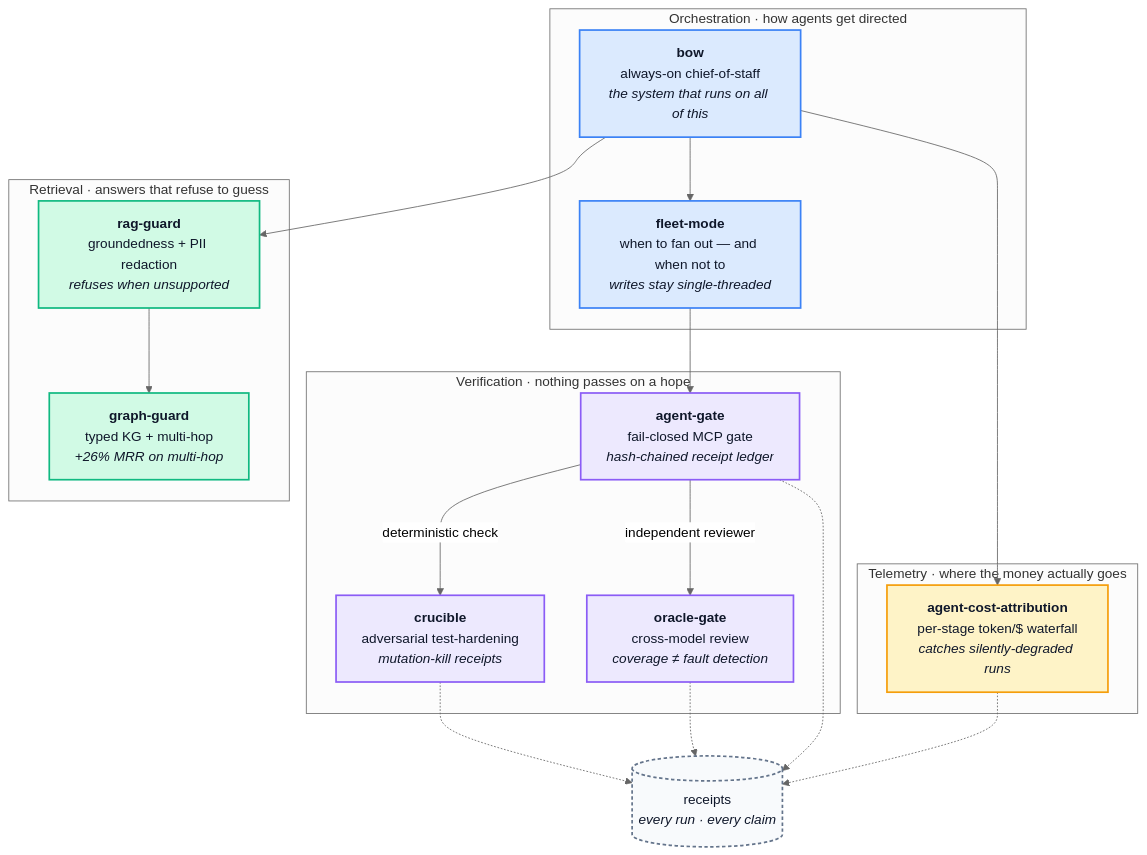
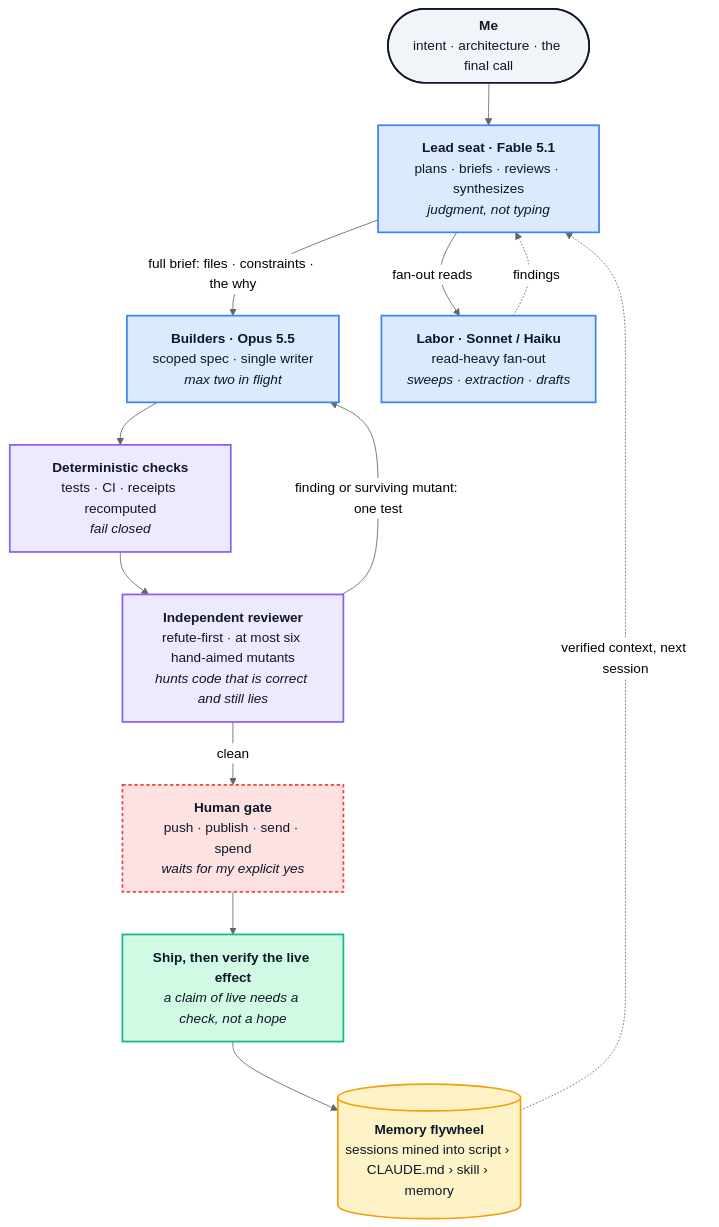
One commit to Jott2121/Jott2121 changed the diagram in README.md. Above: the diagram before and after it, drawn with Mermaid (neutral theme). The commit also changed other lines of this file and 1 other file, not shown here.

First line of the commit message:
profile: rebuild around the current operating model

````diff
--- a/README.md
+++ b/README.md
@@ -26,46 +22,37 @@
 ```mermaid
 flowchart TB
-    subgraph ORCH["Orchestration · how agents get directed"]
-        BOW["<b>bow</b><br/>always-on chief-of-staff<br/><i>the system that runs on all of this</i>"]
-        FM["<b>fleet-mode</b><br/>when to fan out — and when not to<br/><i>writes stay single-threaded</i>"]
-    end
+    ME(["<b>Me</b><br/>intent · architecture · the final call"])
+    LEAD["<b>Lead seat · Fable 5.1</b><br/>plans · briefs · reviews · synthesizes<br/><i>judgment, not typing</i>"]
+    BUILD["<b>Builders · Opus 5.5</b><br/>scoped spec · single writer<br/><i>max two in flight</i>"]
+    LABOR["<b>Labor · Sonnet / Haiku</b><br/>read-heavy fan-out<br/><i>sweeps · extraction · drafts</i>"]
+    CHECK["<b>Deterministic checks</b><br/>tests · CI · receipts recomputed<br/><i>fail closed</i>"]
+    REVIEW["<b>Independent reviewer</b><br/>refute-first · at most six hand-aimed mutants<br/><i>hunts code that is correct and still lies</i>"]
+    HUMAN["<b>Human gate</b><br/>push · publish · send · spend<br/><i>waits for my explicit yes</i>"]
+    SHIP["<b>Ship, then verify the live effect</b><br/><i>a claim of live needs a check, not a hope</i>"]
+    MEM[("<b>Memory flywheel</b><br/>sessions mined into script › CLAUDE.md › skill › memory")]
 
-    subgraph VERIF["Verification · nothing passes on a hope"]
-        AG["<b>agent-gate</b><br/>fail-closed MCP gate<br/><i>hash-chained receipt ledger</i>"]
-        CRU["<b>crucible</b><br/>adversarial test-hardening<br/><i>mutation-kill receipts</i>"]
-        OG["<b>oracle-gate</b><br/>cross-model review<br/><i>coverage ≠ fault detection</i>"]
-    end
+    ME --> LEAD
+    LEAD -->|"full brief: files · constraints · the why"| BUILD
+    LEAD -->|fan-out reads| LABOR
+    LABOR -.->|findings| LEAD
+    BUILD --> CHECK
+    CHECK --> REVIEW
+    REVIEW -->|"finding or surviving mutant: one test"| BUILD
+    REVIEW -->|clean| HUMAN
+    HUMAN --> SHIP
+    SHIP --> MEM
+    MEM -.->|"verified context, next session"| LEAD
 
-    subgraph RET["Retrieval · answers that refuse to guess"]
-        RG["<b>rag-guard</b><br/>groundedness + PII redaction<br/><i>refuses when unsupported</i>"]
-        GG["<b>graph-guard</b><br/>typed KG + multi-hop<br/><i>+26% MRR on multi-hop</i>"]
-    end
-
-    subgraph TEL["Telemetry · where the money actually goes"]
-        ACA["<b>agent-cost-attribution</b><br/>per-stage token/$ waterfall<br/><i>catches silently-degraded runs</i>"]
-    end
-
-    BOW --> FM
-    FM --> AG
-    AG -->|deterministic check| CRU
-    AG -->|independent reviewer| OG
-    BOW --> RG
-    RG --> GG
-    BOW --> ACA
-
-    CRU -.-> LEDGER[("receipts<br/><i>every run · every claim</i>")]
-    OG -.-> LEDGER
-    AG -.-> LEDGER
-    ACA -.-> LEDGER
-
-    classDef orch  fill:#DBEAFE,stroke:#3B82F6,stroke-width:2px,color:#0F172A
-    classDef verif fill:#EDE9FE,stroke:#8B5CF6,stroke-width:2px,color:#0F172A
-    classDef ret   fill:#D1FAE5,stroke:#10B981,stroke-width:2px,color:#0F172A
-    classDef tel   fill:#FEF3C7,stroke:#F59E0B,stroke-width:2px,color:#0F172A
-    classDef led   fill:#F8FAFC,stroke:#64748B,stroke-width:2px,color:#0F172A,stroke-dasharray:4 3
-    class BOW,FM orch
-    class AG,CRU,OG verif
-    class RG,GG ret
-    class ACA tel
-    class LEDGER led
+    classDef me    fill:#F1F5F9,stroke:#0F172A,stroke-width:2px,color:#0F172A
+    classDef seat  fill:#DBEAFE,stroke:#3B82F6,stroke-width:2px,color:#0F172A
+    classDef gate  fill:#EDE9FE,stroke:#8B5CF6,stroke-width:2px,color:#0F172A
+    classDef human fill:#FEE2E2,stroke:#EF4444,stroke-width:2px,color:#0F172A,stroke-dasharray:4 3
+    classDef ship  fill:#D1FAE5,stroke:#10B981,stroke-width:2px,color:#0F172A
+    classDef mem   fill:#FEF3C7,stroke:#F59E0B,stroke-width:2px,color:#0F172A
+    class ME me
+    class LEAD,BUILD,LABOR seat
+    class CHECK,REVIEW gate
+    class HUMAN human
+    class SHIP ship
+    class MEM mem
 ```
````
